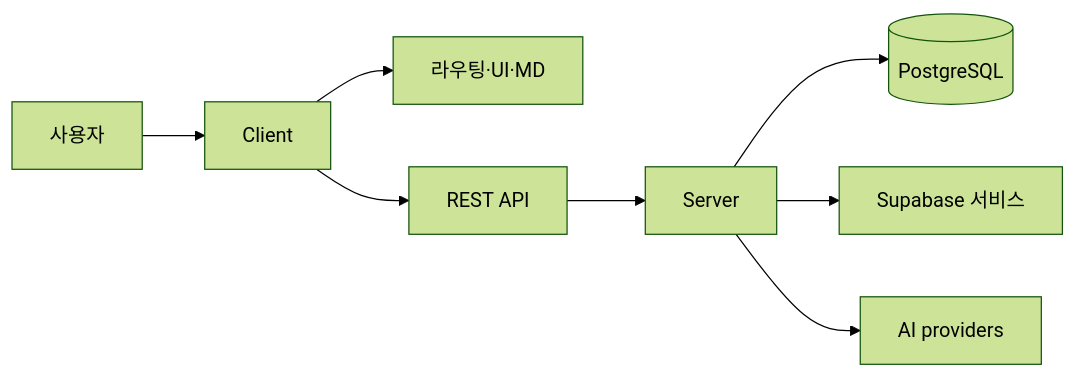
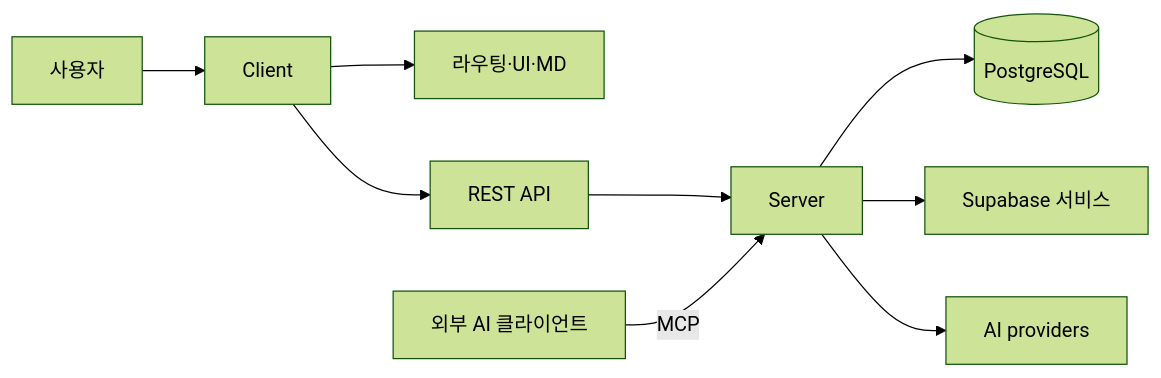
Before and after one commit to hongci9999/myLittleWebsite: the first of 2 diagrams in client/public/about.md, drawn with Mermaid (forest theme). The commit also changed other lines of this file and 12 other files, not shown here.

````diff
--- a/client/public/about.md
+++ b/client/public/about.md
@@ -122,10 +132,11 @@
 ```mermaid
 flowchart LR
   U[사용자] --> C[Client]
   C --> P[라우팅·UI·MD]
   C --> API[REST API]
   API --> S[Server]
   S --> DB[(PostgreSQL)]
   S --> SB[Supabase 서비스]
   S --> AI[AI providers]
+  X[외부 AI 클라이언트] -->|MCP| S
 ```
````
